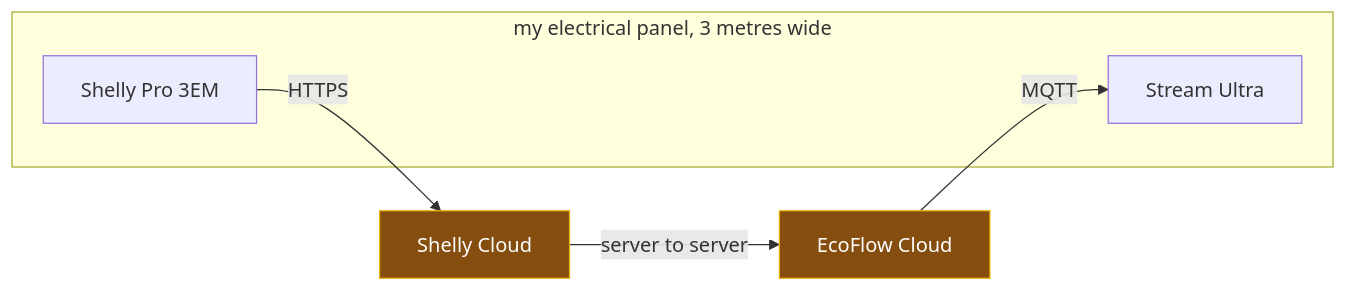
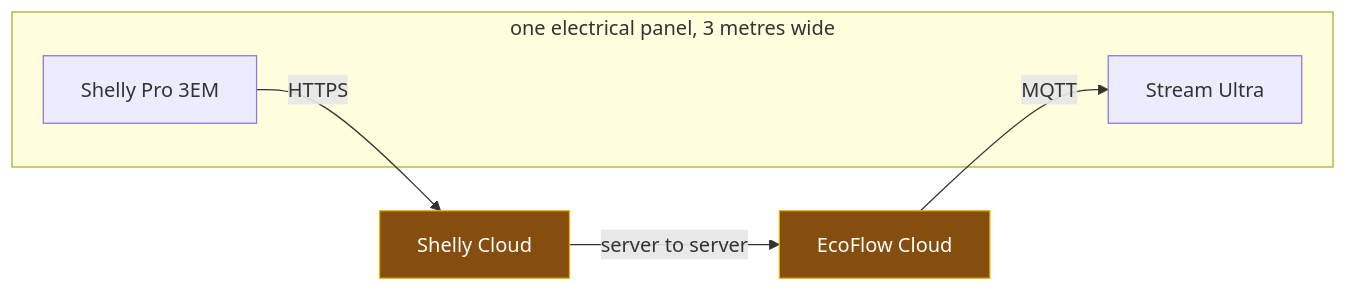
Before and after one commit to phoinixgrr/mastori: the first of 17 diagrams in content/posts/ecoflow-zero-export-ble-meter-injection/index.md, drawn with Mermaid. The commit also changed other lines of this file, not shown here.

First line of the commit message:
Rewrite zero-export post: plainer prose, BIAS named, 17 diagrams

```diff
--- a/content/posts/ecoflow-zero-export-ble-meter-injection/index.md
+++ b/content/posts/ecoflow-zero-export-ble-meter-injection/index.md
@@ -48,13 +48,13 @@
 {{< mermaid >}}
 flowchart LR
-    subgraph panel["my electrical panel, 3 metres wide"]
+    subgraph panel["one electrical panel, 3 metres wide"]
         S["Shelly Pro 3EM"]
         U["Stream Ultra"]
     end
     S -->|"HTTPS"| SC["Shelly Cloud"]
     SC -->|"server to server"| EC["EcoFlow Cloud"]
     EC -->|"MQTT"| U
 
     style SC fill:#854d0e,stroke:#eab308,color:#fff
     style EC fill:#854d0e,stroke:#eab308,color:#fff
 {{< /mermaid >}}
```
